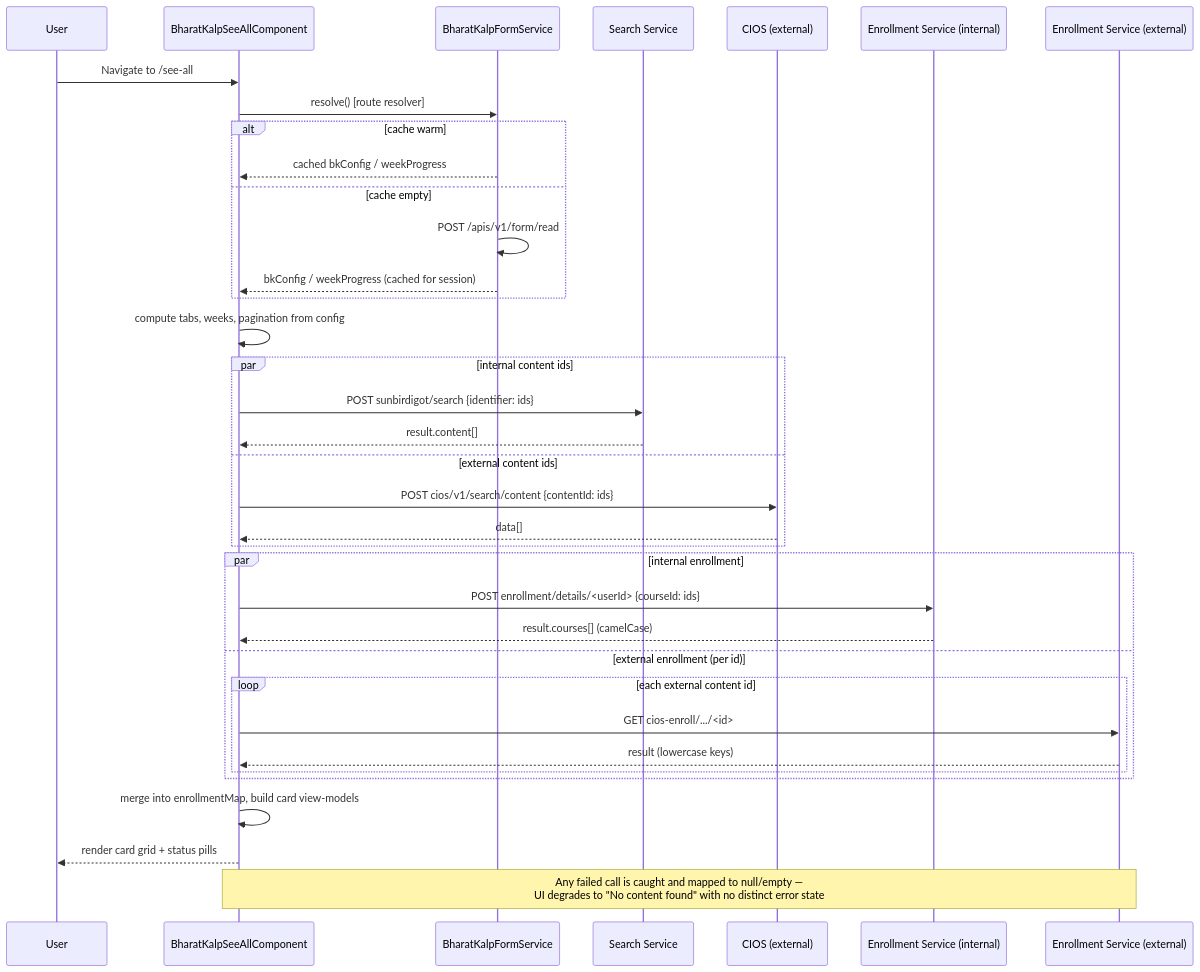
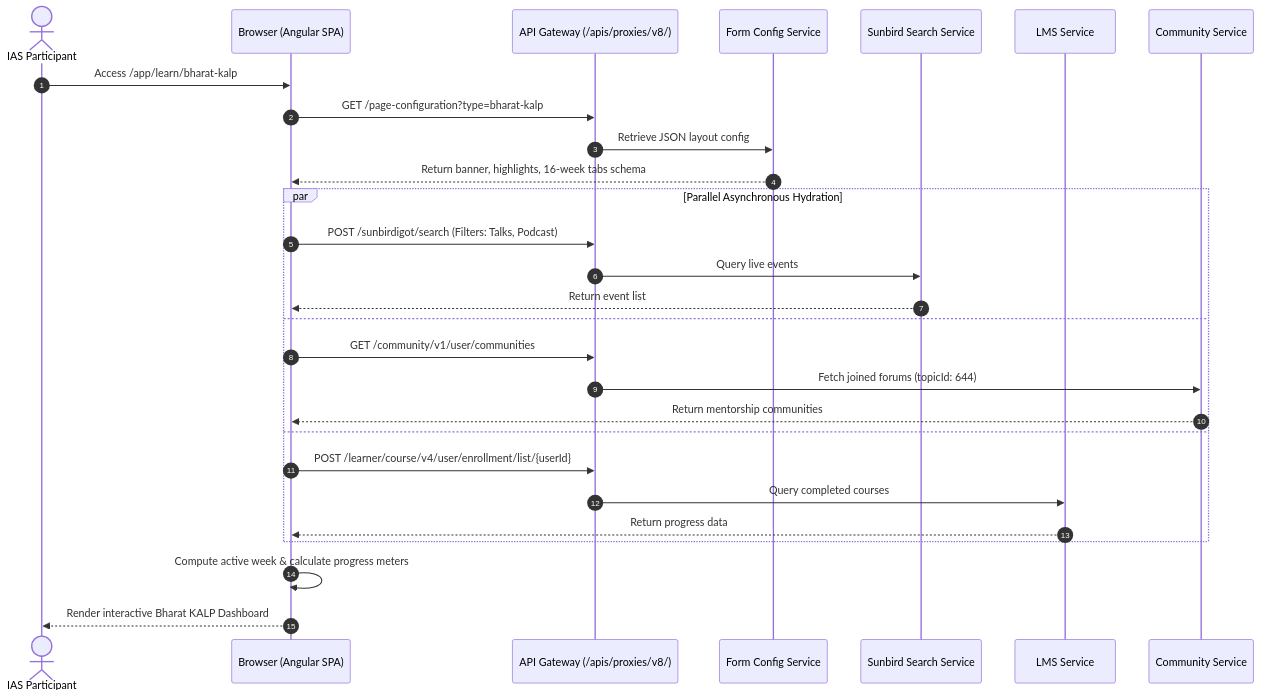
The first of 2 diagrams in docs/learning-hub/bharat-kalp/lld.md (KB-iGOT/igot-docs), drawn with Mermaid before and after one commit. The commit also changed other lines of this file and 16 other files, not shown here.

First line of the commit message:
docs(bharat-kalp): rewrite from the Bharat KALP specification

````diff
--- a/docs/learning-hub/bharat-kalp/lld.md
+++ b/docs/learning-hub/bharat-kalp/lld.md
@@ -118,43 +395,30 @@
 ```mermaid
 sequenceDiagram
-    participant U as User
-    participant C as BharatKalpSeeAllComponent
-    participant F as BharatKalpFormService
-    participant S as Search Service
-    participant CI as CIOS (external)
-    participant E as Enrollment Service (internal)
-    participant EX as Enrollment Service (external)
-
-    U->>C: Navigate to /see-all
-    C->>F: resolve() [route resolver]
-    alt cache warm
-        F-->>C: cached bkConfig / weekProgress
-    else cache empty
-        F->>F: POST /apis/v1/form/read
-        F-->>C: bkConfig / weekProgress (cached for session)
+    autonumber
+    actor Officer as IAS Participant
+    participant Web as Browser (Angular SPA)
+    participant Proxy as API Gateway (/apis/proxies/v8/)
+    participant Form as Form Config Service
+    participant Search as Sunbird Search Service
+    participant LMS as LMS Service
+    participant Comm as Community Service
+    Officer->>Web: Access /app/learn/bharat-kalp
+    Web->>Proxy: GET /page-configuration?type=bharat-kalp
+    Proxy->>Form: Retrieve JSON layout config
+    Form-->>Web: Return banner, highlights, 16-week tabs schema
+    par Parallel Asynchronous Hydration
+        Web->>Proxy: POST /sunbirdigot/search (Filters: Talks, Podcast)
+        Proxy->>Search: Query live events
+        Search-->>Web: Return event list
+    and
+        Web->>Proxy: GET /community/v1/user/communities
+        Proxy->>Comm: Fetch joined forums (topicId: 644)
+        Comm-->>Web: Return mentorship communities
+    and
+        Web->>Proxy: POST /learner/course/v4/user/enrollment/list/{userId}
+        Proxy->>LMS: Query completed courses
+        LMS-->>Web: Return progress data
     end
-    C->>C: compute tabs, weeks, pagination from config
-
-    par internal content ids
-        C->>S: POST sunbirdigot/search {identifier: ids}
-        S-->>C: result.content[]
-    and external content ids
-        C->>CI: POST cios/v1/search/content {contentId: ids}
-        CI-->>C: data[]
-    end
-
-    par internal enrollment
-        C->>E: POST enrollment/details/<userId> {courseId: ids}
-        E-->>C: result.courses[] (camelCase)
-    and external enrollment (per id)
-        loop each external content id
-            C->>EX: GET cios-enroll/.../<id>
-            EX-->>C: result (lowercase keys)
-        end
-    end
-
-    C->>C: merge into enrollmentMap, build card view-models
-    C-->>U: render card grid + status pills
-
-    Note over C,EX: Any failed call is caught and mapped to null/empty —<br/>UI degrades to "No content found" with no distinct error state
+    Web->>Web: Compute active week & calculate progress meters
+    Web-->>Officer: Render interactive Bharat KALP Dashboard
 ```
````
